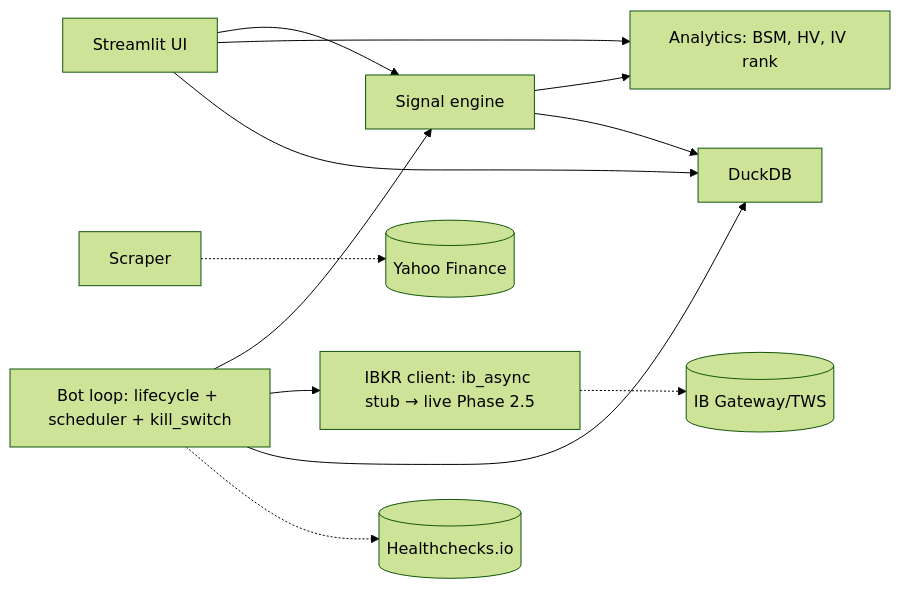
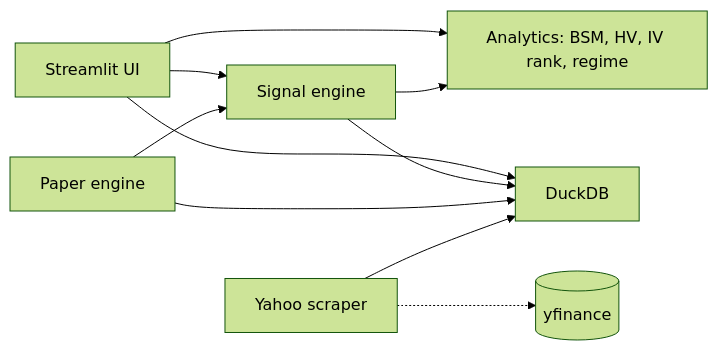
The diagram in README.md (SchoenTom/volscope), drawn with Mermaid (forest theme) before and after one commit. The commit also changed other lines of this file and 3 other files, not shown here.

````diff
--- a/README.md
+++ b/README.md
@@ -136,14 +88,12 @@
 ```mermaid
 flowchart LR
     UI[Streamlit UI] --> SIG[Signal engine]
-    UI --> ANA[Analytics: BSM, HV, IV rank]
+    UI --> ANA[Analytics: BSM, HV, IV rank, regime]
     UI --> DATA[DuckDB]
     SIG --> ANA
     SIG --> DATA
-    LIFE[Bot loop: lifecycle + scheduler + kill_switch] --> SIG
-    LIFE --> EXEC[IBKR client: ib_async stub → live Phase 2.5]
-    LIFE --> DATA
-    EXEC -.-> IBKR[(IB Gateway/TWS)]
-    SCR[Scraper] -.-> YF[(Yahoo Finance)]
-    LIFE -.-> HC[(Healthchecks.io)]
+    PE[Paper engine] --> SIG
+    PE --> DATA
+    SCR[Yahoo scraper] -.-> YF[(yfinance)]
+    SCR --> DATA
 ```
````
